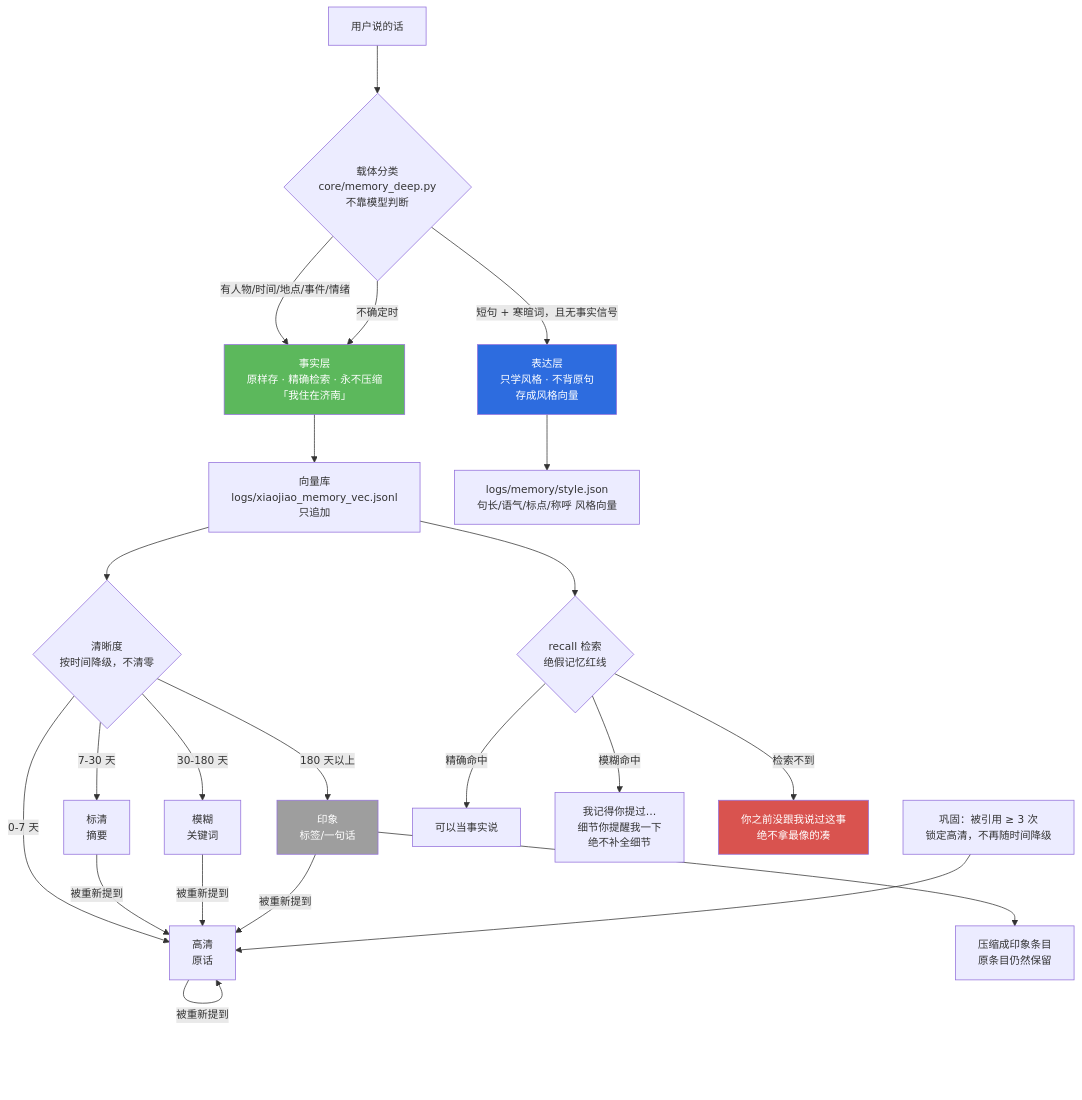
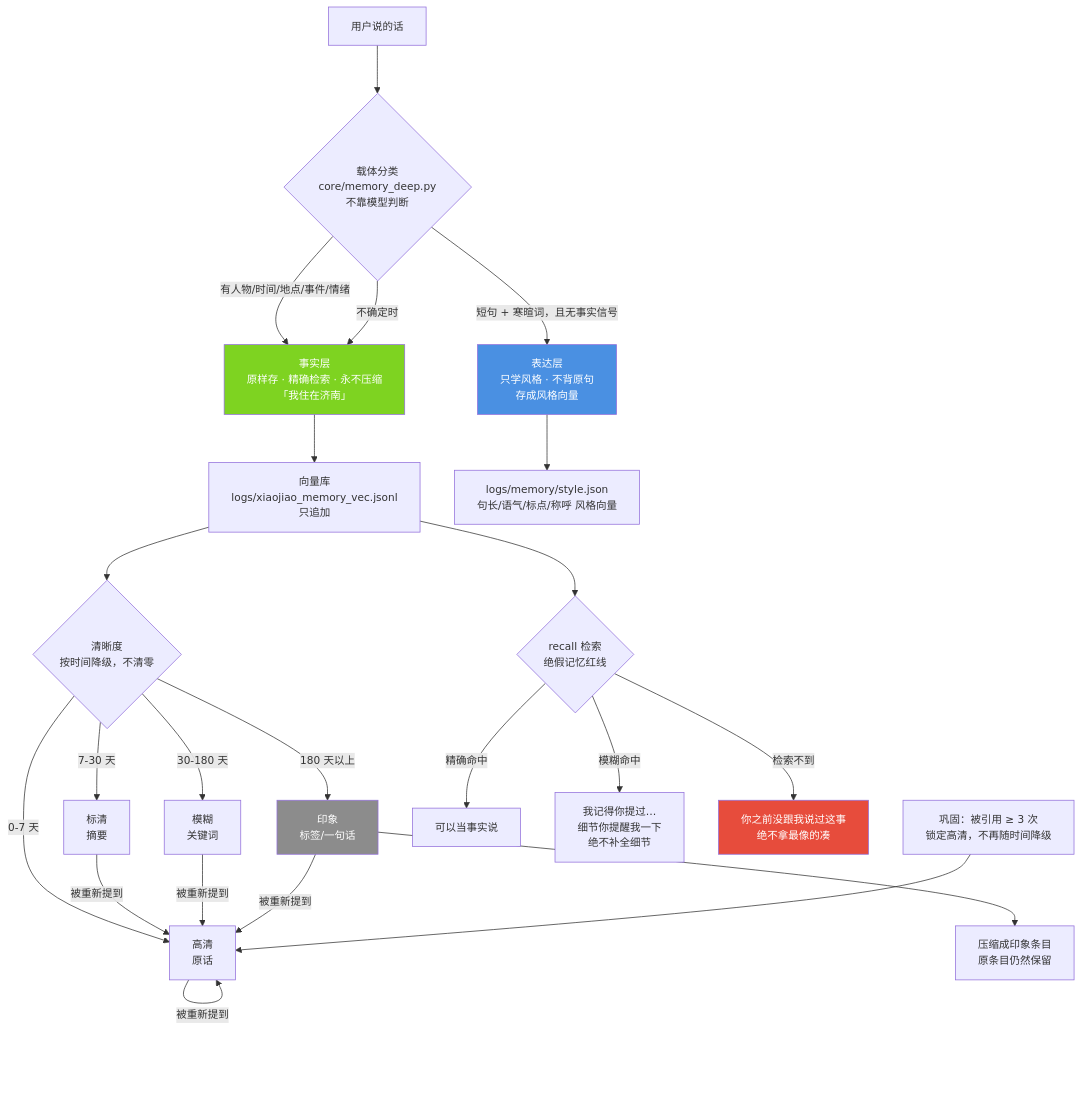
One commit to jiangchuangege/xiaojiao-harnees changed the fourth of 20 diagrams in docs/architecture-diagrams.md. Above: the diagram before and after it, drawn with Mermaid. The commit also changed other lines of this file and 32 other files, not shown here.

Commit message:
统一：全仓原理图配色到一套调色板 + 给 12 张灰图补色 + 修正自己会睡那张过期图

````diff
--- a/docs/architecture-diagrams.md
+++ b/docs/architecture-diagrams.md
@@ -144,34 +144,34 @@
 ```mermaid
 %%{init: {"themeVariables": {"fontSize": "14px"}, "flowchart": {"htmlLabels": true, "wrappingWidth": 340, "nodeSpacing": 46, "rankSpacing": 64, "useMaxWidth": true}}}%%
 flowchart TB
     IN["用户说的话"] --> CLS{"载体分类<br/>core/memory_deep.py<br/>不靠模型判断"}
 
     CLS -->|"有人物/时间/地点/事件/情绪"| F["事实层<br/>原样存 · 精确检索 · 永不压缩<br/>「我住在济南」"]
     CLS -->|"短句 + 寒暄词，且无事实信号"| E["表达层<br/>只学风格 · 不背原句<br/>存成风格向量"]
     CLS -->|"不确定时"| F
 
     F --> DB["向量库<br/>logs/xiaojiao_memory_vec.jsonl<br/>只追加"]
     E --> ST["logs/memory/style.json<br/>句长/语气/标点/称呼 风格向量"]
 
     DB --> CL{"清晰度<br/>按时间降级，不清零"}
     CL -->|"0-7 天"| HD["高清<br/>原话"]
     CL -->|"7-30 天"| SD["标清<br/>摘要"]
     CL -->|"30-180 天"| BL["模糊<br/>关键词"]
     CL -->|"180 天以上"| IM["印象<br/>标签/一句话"]
     IM --> IMP["压缩成印象条目<br/>原条目仍然保留"]
     HD -->|"被重新提到"| HD
     SD -->|"被重新提到"| HD
     BL -->|"被重新提到"| HD
     IM -->|"被重新提到"| HD
     CON["巩固：被引用 ≥ 3 次<br/>锁定高清，不再随时间降级"] --> HD
 
     DB --> RC{"recall 检索<br/>绝假记忆红线"}
     RC -->|"精确命中"| R1["可以当事实说"]
     RC -->|"模糊命中"| R2["我记得你提过…<br/>细节你提醒我一下<br/>绝不补全细节"]
     RC -->|"检索不到"| R3["你之前没跟我说过这事<br/>绝不拿最像的凑"]
 
-    style F fill:#5cb85c,color:#fff
-    style E fill:#2d6cdf,color:#fff
-    style IM fill:#9e9e9e,color:#fff
-    style R3 fill:#d9534f,color:#fff
+    style F fill:#7ED321,color:#fff
+    style E fill:#4A90E2,color:#fff
+    style IM fill:#8C8C8C,color:#fff
+    style R3 fill:#E74C3C,color:#fff
 ```
````
